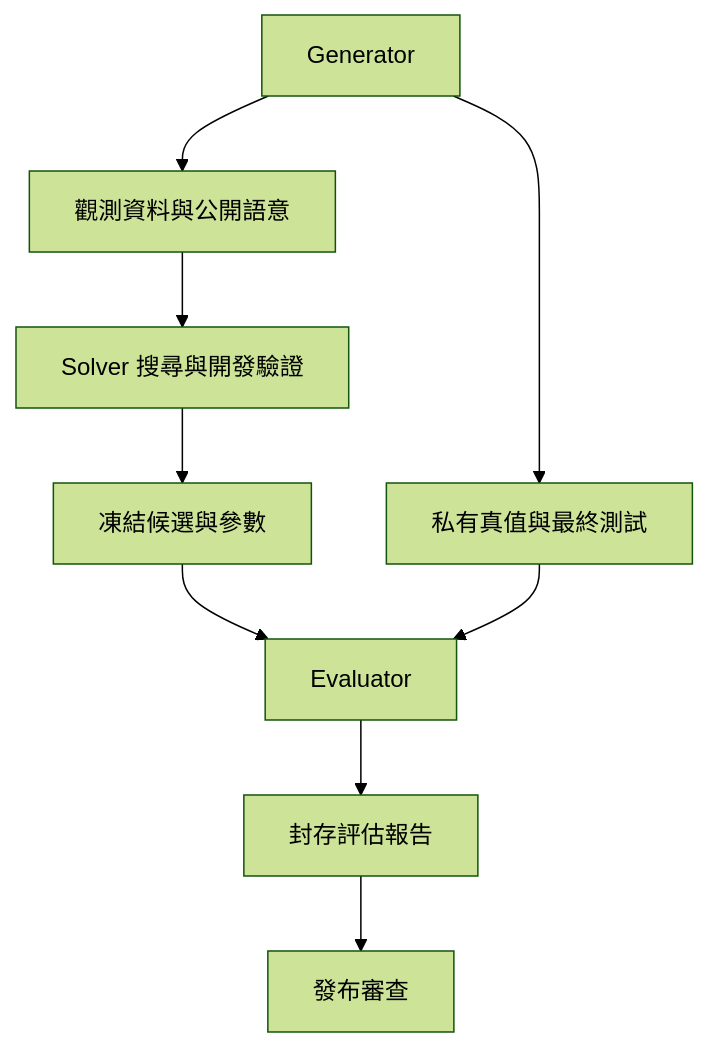
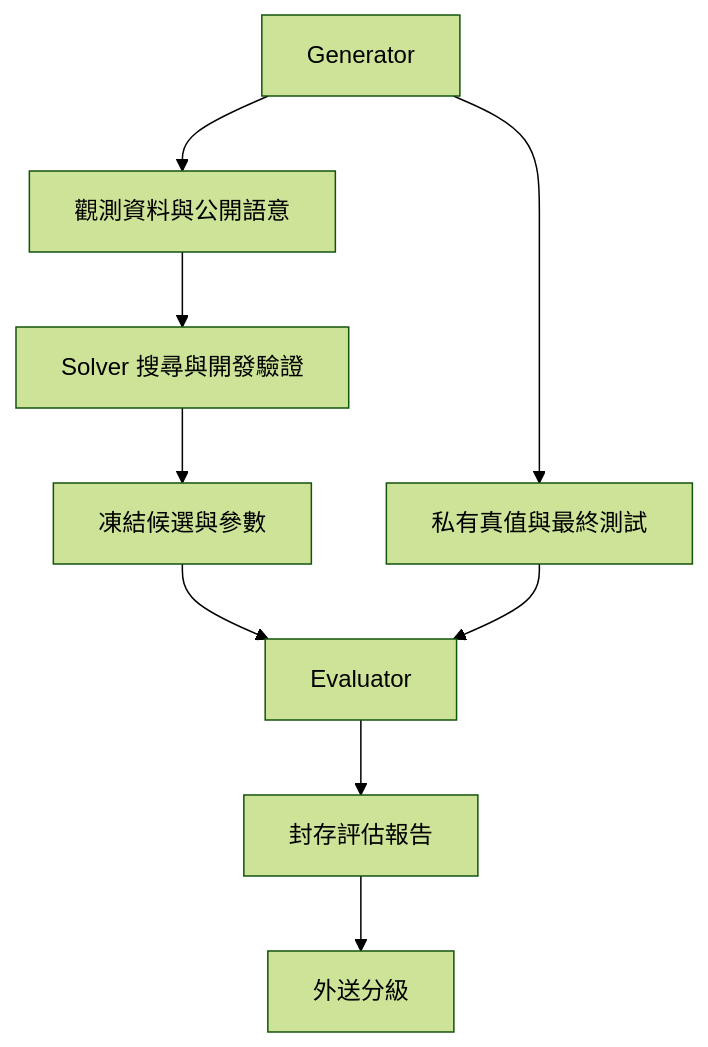
The diagram in docs/企劃案/02-流程/05-基準測試與持續學習流程.md (lovenovel0618/AXIOM), drawn with Mermaid (forest theme) before and after one commit. The commit also changed other lines of this file and 137 other files, not shown here.

````diff
--- a/docs/企劃案/02-流程/05-基準測試與持續學習流程.md
+++ b/docs/企劃案/02-流程/05-基準測試與持續學習流程.md
@@ -13,11 +13,11 @@
 ```mermaid
 flowchart TD
  G[Generator] --> O[觀測資料與公開語意]
  G --> T[私有真值與最終測試]
  O --> S[Solver 搜尋與開發驗證]
  S --> F[凍結候選與參數]
  F --> E[Evaluator]
  T --> E
  E --> R[封存評估報告]
- R --> A[發布審查]
+ R --> A[外送分級]
 ```
````
